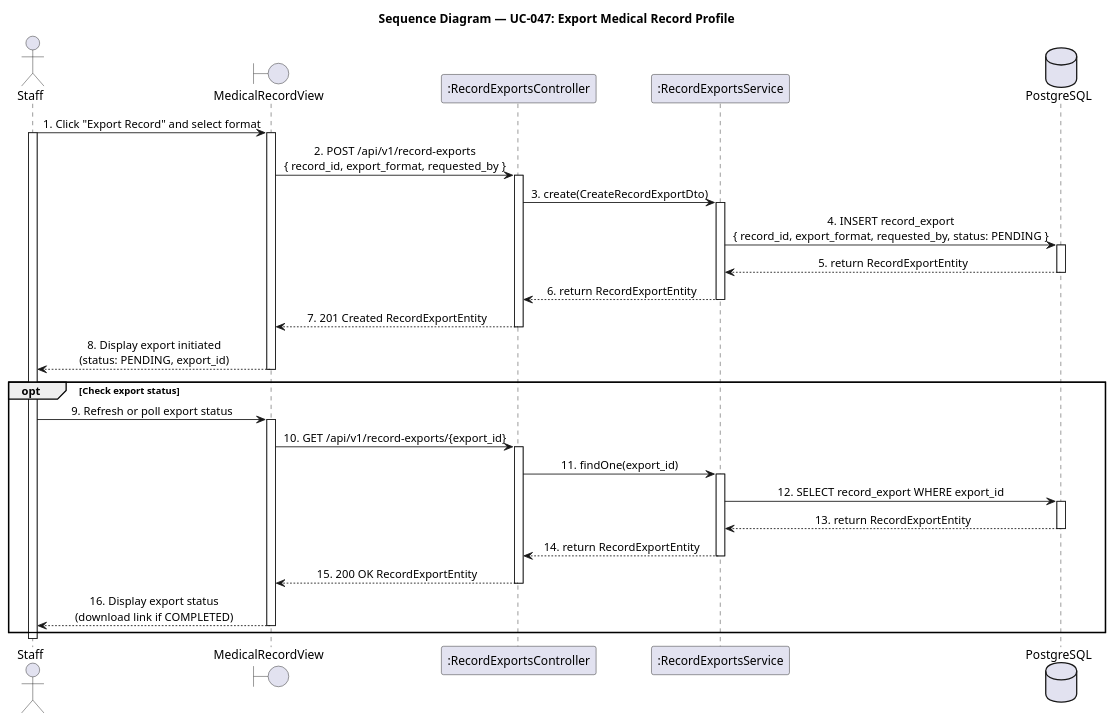
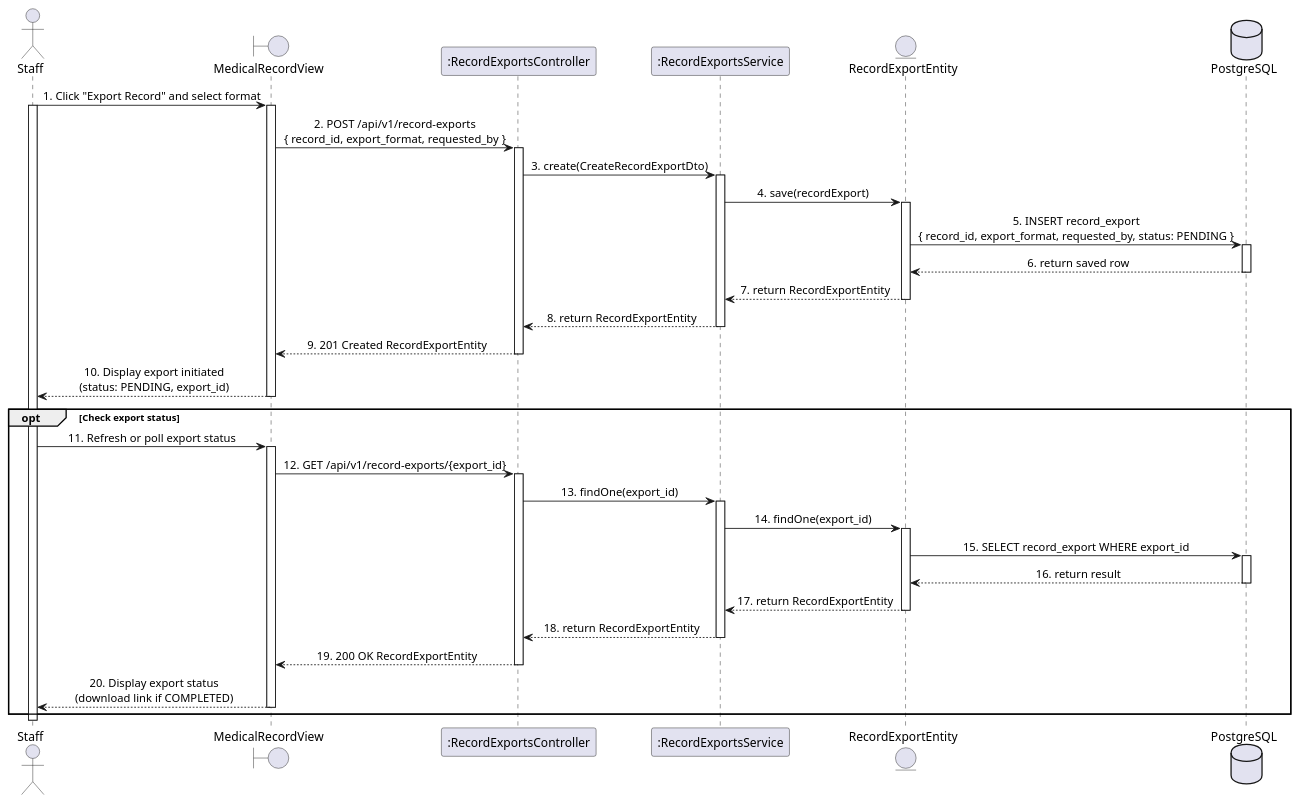
Before and after one commit to LTPPPP/Smart-Medical-Intelligent-Ledger-for-E-health-S.M.I.L.E-: the diagram in docs/sequence-diagram/UC47_ExportMedicalRecord.puml, drawn with PlantUML. The commit also changed 114 other files, not shown here.

Commit message:
feat: complete class,sequence

```diff
--- a/docs/sequence-diagram/UC47_ExportMedicalRecord.puml
+++ b/docs/sequence-diagram/UC47_ExportMedicalRecord.puml
@@ -1,64 +1,70 @@
 @startuml SequenceDiagram
 skinparam shadowing false
 skinparam sequenceMessageAlign center
-
-title Sequence Diagram — UC-047: Export Medical Record Profile
-
 actor "Staff" as user
 boundary "MedicalRecordView" as form
 participant ":RecordExportsController" as ctrl
 participant ":RecordExportsService" as exportSvc
+entity "RecordExportEntity" as exportEntity
 database "PostgreSQL" as db
 
 user -> form : 1. Click "Export Record" and select format
 activate user
 activate form
 
 form -> ctrl : 2. POST /api/v1/record-exports\n{ record_id, export_format, requested_by }
 activate ctrl
 
 ctrl -> exportSvc : 3. create(CreateRecordExportDto)
 activate exportSvc
 
-exportSvc -> db : 4. INSERT record_export\n{ record_id, export_format, requested_by, status: PENDING }
+exportSvc -> exportEntity : 4. save(recordExport)
+activate exportEntity
+exportEntity -> db : 5. INSERT record_export\n{ record_id, export_format, requested_by, status: PENDING }
 activate db
-db --> exportSvc : 5. return RecordExportEntity
+db --> exportEntity : 6. return saved row
 deactivate db
+exportEntity --> exportSvc : 7. return RecordExportEntity
+deactivate exportEntity
 
-exportSvc --> ctrl : 6. return RecordExportEntity
+exportSvc --> ctrl : 8. return RecordExportEntity
 deactivate exportSvc
 
-ctrl --> form : 7. 201 Created RecordExportEntity
+ctrl --> form : 9. 201 Created RecordExportEntity
 deactivate ctrl
 
-form --> user : 8. Display export initiated\n(status: PENDING, export_id)
+form --> user : 10. Display export initiated\n(status: PENDING, export_id)
 deactivate form
 
 opt Check export status
-  user -> form : 9. Refresh or poll export status
+  user -> form : 11. Refresh or poll export status
   activate form
 
-  form -> ctrl : 10. GET /api/v1/record-exports/{export_id}
+  form -> ctrl : 12. GET /api/v1/record-exports/{export_id}
   activate ctrl
 
-  ctrl -> exportSvc : 11. findOne(export_id)
+  ctrl -> exportSvc : 13. findOne(export_id)
   activate exportSvc
 
-  exportSvc -> db : 12. SELECT record_export WHERE export_id
+  exportSvc -> exportEntity : 14. findOne(export_id)
+  activate exportEntity
+  exportEntity -> db : 15. SELECT record_export WHERE export_id
   activate db
-  db --> exportSvc : 13. return RecordExportEntity
+  db --> exportEntity : 16. return result
   deactivate db
+  exportEntity --> exportSvc : 17. return RecordExportEntity
+  deactivate exportEntity
 
-  exportSvc --> ctrl : 14. return RecordExportEntity
+  exportSvc --> ctrl : 18. return RecordExportEntity
   deactivate exportSvc
 
-  ctrl --> form : 15. 200 OK RecordExportEntity
+  ctrl --> form : 19. 200 OK RecordExportEntity
   deactivate ctrl
 
-  form --> user : 16. Display export status\n(download link if COMPLETED)
+  form --> user : 20. Display export status\n(download link if COMPLETED)
   deactivate form
 end
 
 deactivate user
 
 @enduml
```
